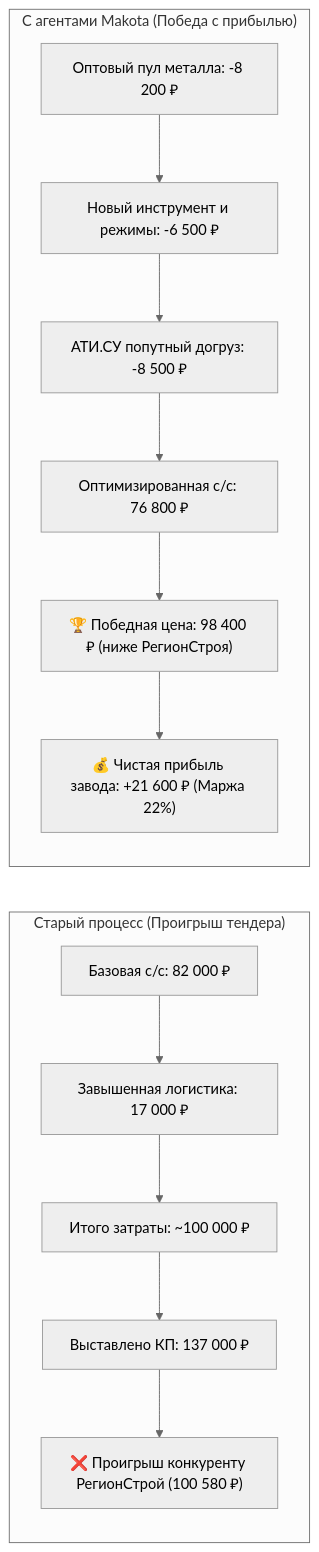
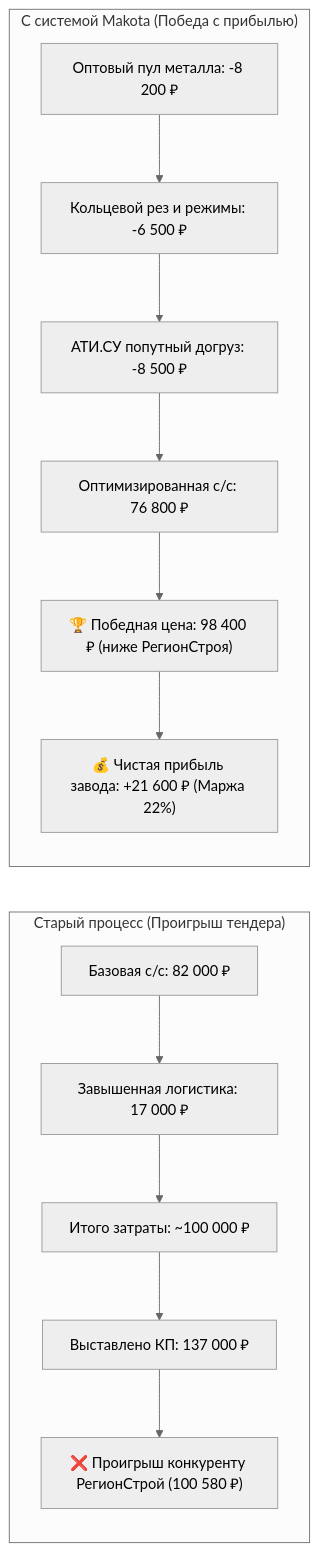
One commit to 8mirroz/Makota changed the diagram in 01_Дирекция/Пилотный_демо_презент_Makota_AI.md. Above: the diagram before and after it, drawn with Mermaid (neutral theme). The commit also changed other lines of this file and 48 other files, not shown here.

````diff
--- a/01_Дирекция/Пилотный_демо_презент_Makota_AI.md
+++ b/01_Дирекция/Пилотный_демо_презент_Makota_AI.md
@@ -20,17 +21,17 @@
 ```mermaid
 graph LR
     subgraph БЫЛО["Старый процесс (Проигрыш тендера)"]
         A1["Базовая с/с: 82 000 ₽"] --> B1["Завышенная логистика: 17 000 ₽"]
         B1 --> C1["Итого затраты: ~100 000 ₽"]
         C1 --> D1["Выставлено КП: 137 000 ₽"]
         D1 --> E1["❌ Проигрыш конкуренту РегионСтрой (100 580 ₽)"]
     end
 
-    subgraph СТАЛО["С агентами Makota (Победа с прибылью)"]
-        A2["Оптовый пул металла: -8 200 ₽"] --> B2["Новый инструмент и режимы: -6 500 ₽"]
+    subgraph СТАЛО["С системой Makota (Победа с прибылью)"]
+        A2["Оптовый пул металла: -8 200 ₽"] --> B2["Кольцевой рез и режимы: -6 500 ₽"]
         B2 --> C2["АТИ.СУ попутный догруз: -8 500 ₽"]
         C2 --> D2["Оптимизированная с/с: 76 800 ₽"]
         D2 --> E2["🏆 Победная цена: 98 400 ₽ (ниже РегионСтроя)"]
         E2 --> F2["💰 Чистая прибыль завода: +21 600 ₽ (Маржа 22%)"]
     end
 ```
````
